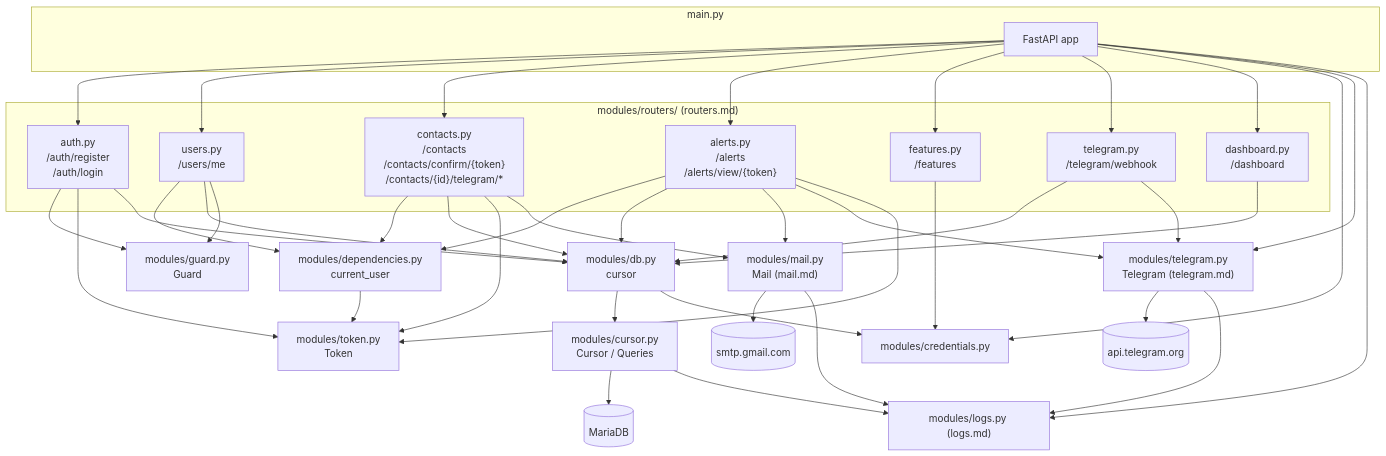
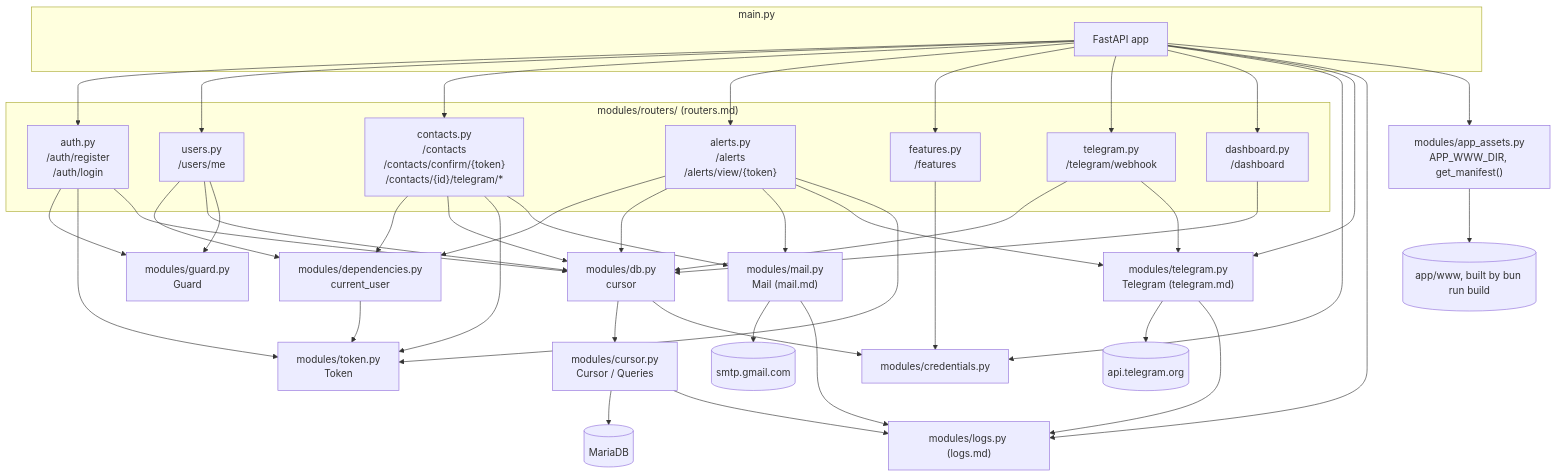
Before and after one commit to skellent/iOS-compiler: the diagram in docs/backend/main.md, drawn with Mermaid. The commit also changed other lines of this file and 26 other files, not shown here.

````diff
--- a/docs/backend/main.md
+++ b/docs/backend/main.md
@@ -142,77 +170,81 @@
 ```mermaid
 flowchart TD
     subgraph main["main.py"]
         APP["FastAPI app"]
     end
 
     subgraph routers["modules/routers/ (routers.md)"]
         AUTH["auth.py<br/>/auth/register<br/>/auth/login"]
         USR["users.py<br/>/users/me"]
         CON["contacts.py<br/>/contacts<br/>/contacts/confirm/{token}<br/>/contacts/{id}/telegram/*"]
         ALT["alerts.py<br/>/alerts<br/>/alerts/view/{token}"]
         FEAT["features.py<br/>/features"]
         TGR["telegram.py<br/>/telegram/webhook"]
         DASH["dashboard.py<br/>/dashboard"]
     end
 
     DEPS["modules/dependencies.py<br/>current_user"]
     TOKEN["modules/token.py<br/>Token"]
     GUARD["modules/guard.py<br/>Guard"]
     MAIL["modules/mail.py<br/>Mail (mail.md)"]
     TG["modules/telegram.py<br/>Telegram (telegram.md)"]
     DB["modules/db.py<br/>cursor"]
     CURSOR["modules/cursor.py<br/>Cursor / Queries"]
     CRED["modules/credentials.py"]
     LOGS["modules/logs.py (logs.md)"]
+    ASSETS["modules/app_assets.py<br/>APP_WWW_DIR, get_manifest()"]
     MARIADB[(MariaDB)]
     SMTP[(smtp.gmail.com)]
     TGAPI[(api.telegram.org)]
+    WWW[(app/www, built by bun run build)]
 
     APP --> AUTH
     APP --> USR
     APP --> CON
     APP --> ALT
     APP --> FEAT
     APP --> TGR
     APP --> DASH
     APP --> CRED
     APP --> TG
     APP --> LOGS
+    APP --> ASSETS
+    ASSETS --> WWW
 
     AUTH --> GUARD
     AUTH --> TOKEN
     AUTH --> DB
 
     USR --> DEPS
     USR --> DB
     USR --> GUARD
 
     CON --> DEPS
     CON --> DB
     CON --> TOKEN
     CON --> MAIL
 
     ALT --> DEPS
     ALT --> DB
     ALT --> MAIL
     ALT --> TG
     ALT --> TOKEN
 
     FEAT --> CRED
 
     TGR --> DB
     TGR --> TG
 
     DASH --> DB
 
     DEPS --> TOKEN
 
     DB --> CURSOR
     DB --> CRED
     CURSOR --> MARIADB
     CURSOR --> LOGS
     MAIL --> SMTP
     MAIL --> LOGS
     TG --> TGAPI
     TG --> LOGS
 ```
````
